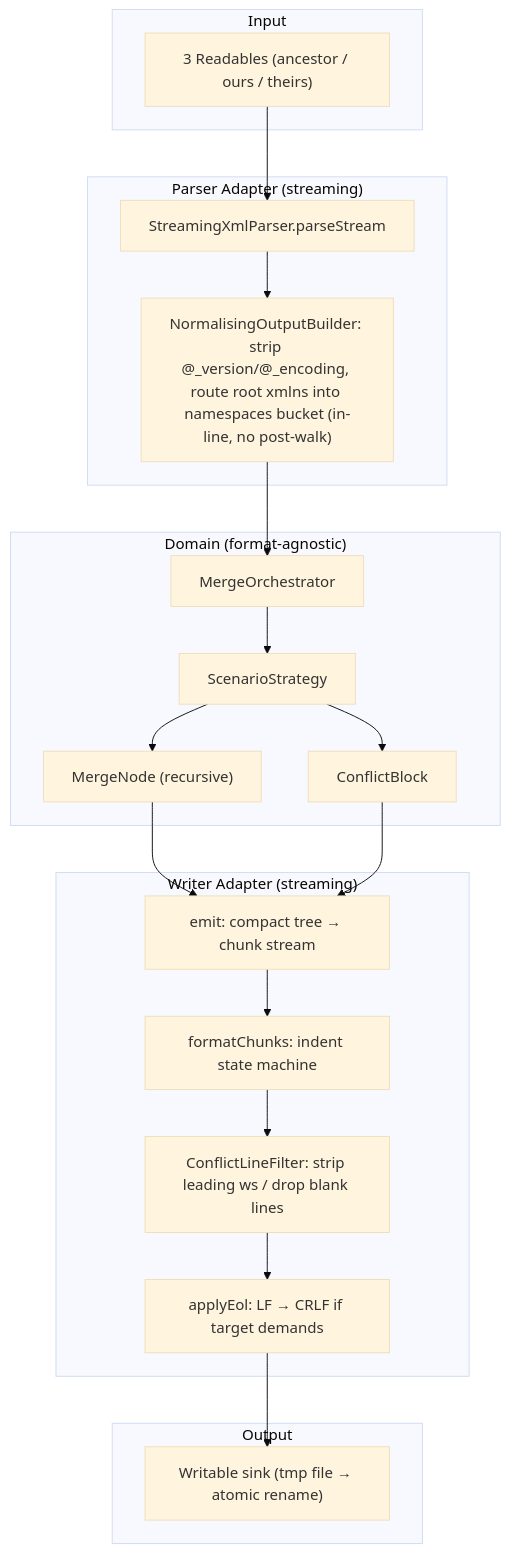
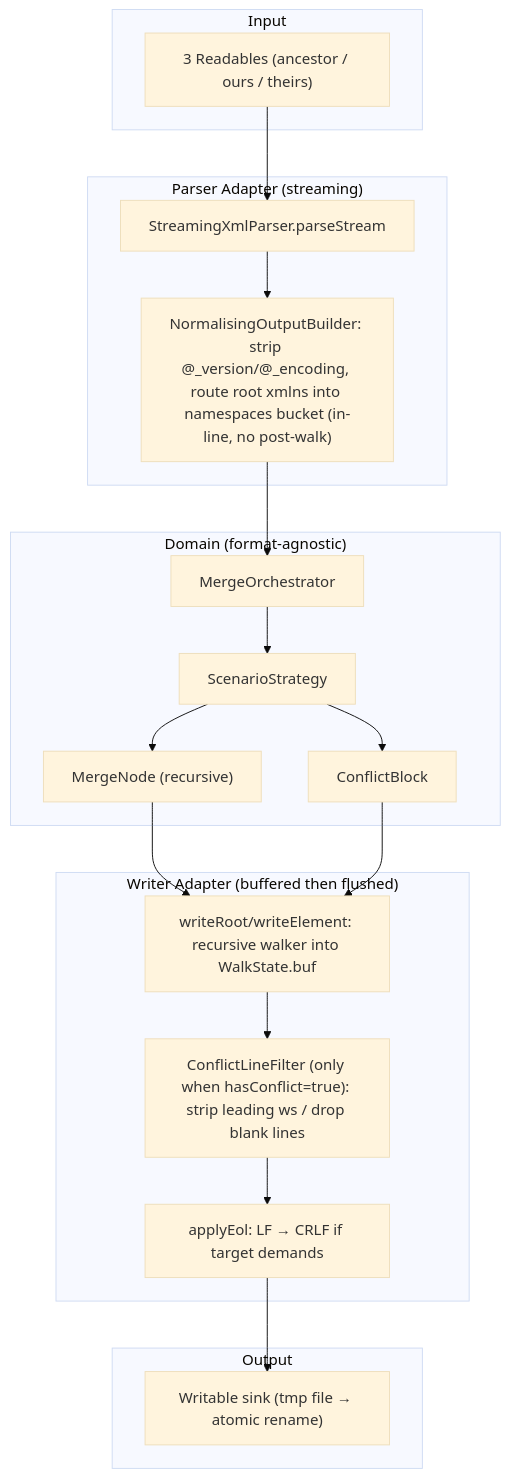
One commit to scolladon/sf-git-merge-driver changed the sixth of 8 diagrams in DESIGN.md. Above: the diagram before and after it, drawn with Mermaid (base theme). The commit also changed other lines of this file, not shown here.

Commit message:
docs(design): align with non-generator writer + filter bypass

````diff
--- a/DESIGN.md
+++ b/DESIGN.md
@@ -285,37 +285,36 @@
 ```mermaid
 flowchart TD
     subgraph Input
         XML["3 Readables (ancestor / ours / theirs)"]
     end
 
     subgraph "Parser Adapter (streaming)"
         Parse["StreamingXmlParser.parseStream"]
         Normalise["NormalisingOutputBuilder: strip @_version/@_encoding, route root xmlns into namespaces bucket (in-line, no post-walk)"]
     end
 
     subgraph "Domain (format-agnostic)"
         Orchestrator["MergeOrchestrator"]
         Strategy["ScenarioStrategy"]
         Nodes["MergeNode (recursive)"]
         Conflict["ConflictBlock"]
     end
 
-    subgraph "Writer Adapter (streaming)"
-        Emit["emit: compact tree → chunk stream"]
-        Format["formatChunks: indent state machine"]
-        Filter["ConflictLineFilter: strip leading ws / drop blank lines"]
+    subgraph "Writer Adapter (buffered then flushed)"
+        Walk["writeRoot/writeElement: recursive walker into WalkState.buf"]
+        Filter["ConflictLineFilter (only when hasConflict=true): strip leading ws / drop blank lines"]
         Eol["applyEol: LF → CRLF if target demands"]
     end
 
     subgraph Output
         Result["Writable sink (tmp file → atomic rename)"]
     end
 
     XML --> Parse --> Normalise --> Orchestrator
     Orchestrator --> Strategy
     Strategy --> Nodes
     Strategy --> Conflict
-    Nodes --> Emit
-    Conflict --> Emit
-    Emit --> Format --> Filter --> Eol --> Result
+    Nodes --> Walk
+    Conflict --> Walk
+    Walk --> Filter --> Eol --> Result
 ```
````
